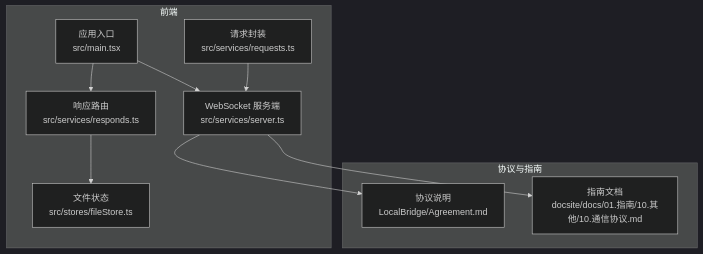
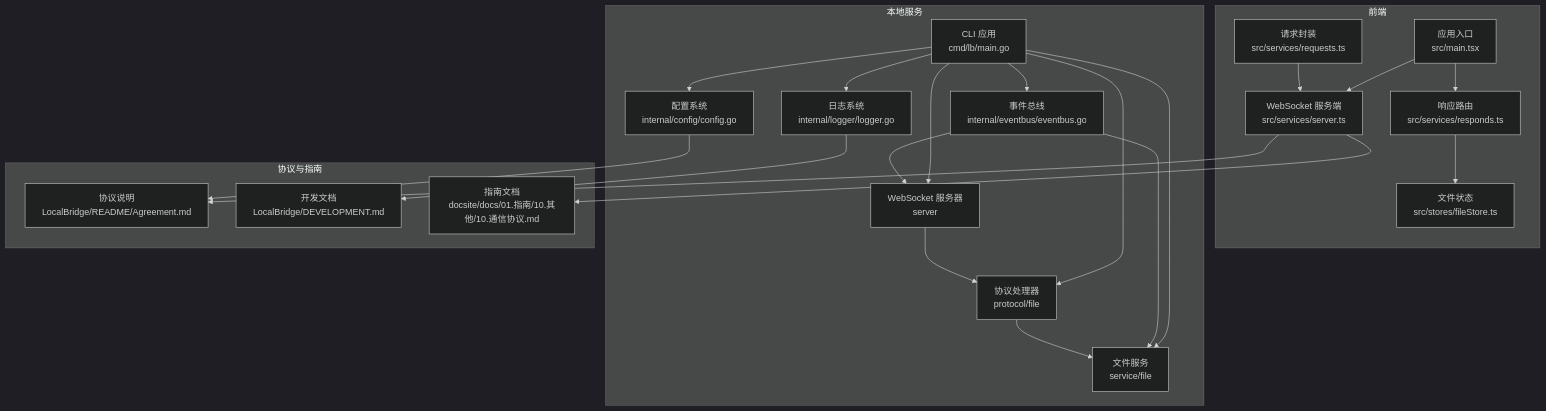
The first of 4 diagrams in .qoder/repowiki/zh/content/开发者指南/LocalBridge 通信协议.md (kqcoxn/MaaPipelineEditor), drawn with Mermaid (dark theme) before and after one commit. The commit also changed other lines of this file and 19 other files, not shown here.

````diff
--- a/.qoder/repowiki/zh/content/开发者指南/LocalBridge 通信协议.md
+++ b/.qoder/repowiki/zh/content/开发者指南/LocalBridge 通信协议.md
@@ -43,20 +65,42 @@
 ```mermaid
 graph TB
 subgraph "前端"
 MAIN["应用入口<br/>src/main.tsx"]
 SERVER["WebSocket 服务端<br/>src/services/server.ts"]
 REQ["请求封装<br/>src/services/requests.ts"]
 RESP["响应路由<br/>src/services/responds.ts"]
 STORE["文件状态<br/>src/stores/fileStore.ts"]
 end
+subgraph "本地服务"
+CLI["CLI 应用<br/>cmd/lb/main.go"]
+CONF["配置系统<br/>internal/config/config.go"]
+LOG["日志系统<br/>internal/logger/logger.go"]
+EVENT["事件总线<br/>internal/eventbus/eventbus.go"]
+FILE["文件服务<br/>service/file"]
+PROTO["协议处理器<br/>protocol/file"]
+WS["WebSocket 服务器<br/>server"]
+end
 subgraph "协议与指南"
-AG["协议说明<br/>LocalBridge/Agreement.md"]
+AG["协议说明<br/>LocalBridge/README/Agreement.md"]
+DEV["开发文档<br/>LocalBridge/DEVELOPMENT.md"]
 DOC["指南文档<br/>docsite/docs/01.指南/10.其他/10.通信协议.md"]
 end
+CLI --> CONF
+CLI --> LOG
+CLI --> EVENT
+CLI --> FILE
+CLI --> PROTO
+CLI --> WS
+CONF --> AG
+LOG --> DEV
+EVENT --> FILE
+EVENT --> WS
+WS --> PROTO
+PROTO --> FILE
 MAIN --> RESP
 MAIN --> SERVER
 REQ --> SERVER
 RESP --> STORE
 SERVER --> AG
 SERVER --> DOC
 ```
````
